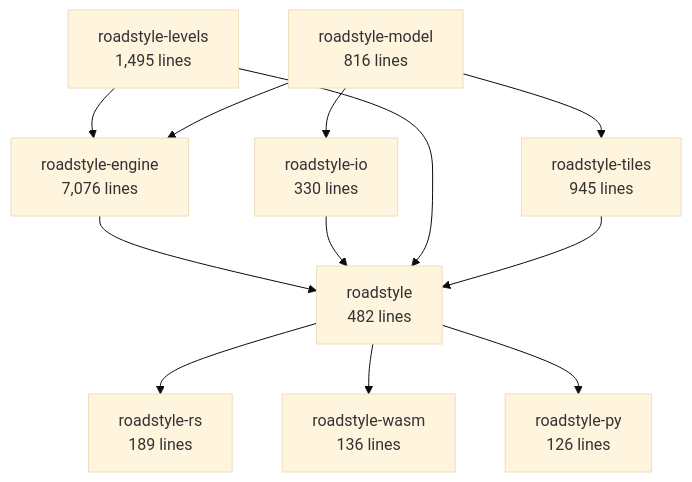
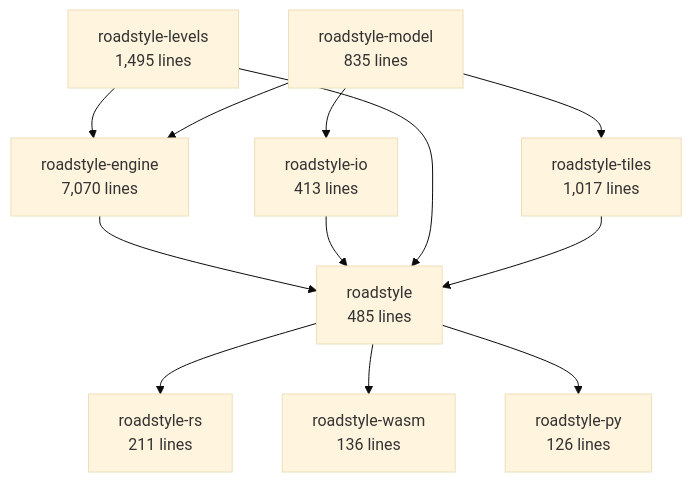
One commit to Khoshkhah/roadstyle changed the second of 6 diagrams in docs/rust/architecture.md. Above: the diagram before and after it, drawn with Mermaid (base theme). The commit also changed other lines of this file, not shown here.

Commit message:
docs: the architecture page made again from the code (stage 2)

````diff
--- a/docs/rust/architecture.md
+++ b/docs/rust/architecture.md
@@ -69,23 +69,23 @@
 ```mermaid
 flowchart TB
-    roadstyle_model["roadstyle-model<br/>816 lines"]
-    roadstyle_io["roadstyle-io<br/>330 lines"]
+    roadstyle_model["roadstyle-model<br/>835 lines"]
+    roadstyle_io["roadstyle-io<br/>413 lines"]
     roadstyle_levels["roadstyle-levels<br/>1,495 lines"]
-    roadstyle_engine["roadstyle-engine<br/>7,076 lines"]
-    roadstyle_tiles["roadstyle-tiles<br/>945 lines"]
-    roadstyle["roadstyle<br/>482 lines"]
-    roadstyle_rs["roadstyle-rs<br/>189 lines"]
+    roadstyle_engine["roadstyle-engine<br/>7,070 lines"]
+    roadstyle_tiles["roadstyle-tiles<br/>1,017 lines"]
+    roadstyle["roadstyle<br/>485 lines"]
+    roadstyle_rs["roadstyle-rs<br/>211 lines"]
     roadstyle_wasm["roadstyle-wasm<br/>136 lines"]
     roadstyle_py["roadstyle-py<br/>126 lines"]
     roadstyle_model --> roadstyle_io
     roadstyle_levels --> roadstyle_engine
     roadstyle_model --> roadstyle_engine
     roadstyle_model --> roadstyle_tiles
     roadstyle_engine --> roadstyle
     roadstyle_io --> roadstyle
     roadstyle_levels --> roadstyle
     roadstyle_tiles --> roadstyle
     roadstyle --> roadstyle_rs
     roadstyle --> roadstyle_wasm
     roadstyle --> roadstyle_py
 ```
````
